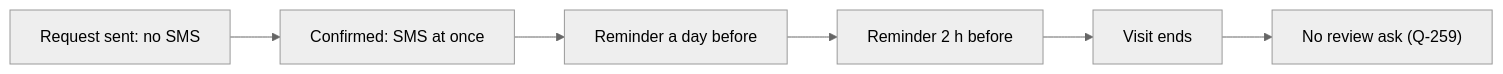
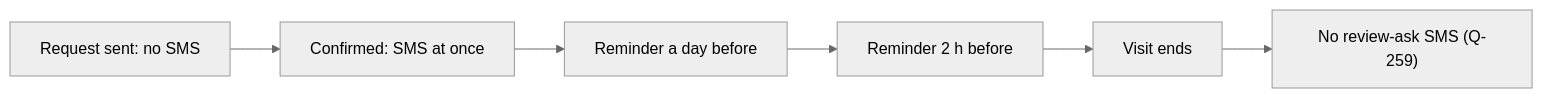
Before and after one commit to azamatos/yeral: the diagram in docs/product/05-limits.md, drawn with Mermaid (neutral theme). The commit also changed other lines of this file and 9 other files, not shown here.

````diff
--- a/docs/product/05-limits.md
+++ b/docs/product/05-limits.md
@@ -314,8 +314,8 @@
 ```mermaid
 flowchart LR
   A["Request sent: no SMS"] --> B["Confirmed: SMS at once"]
   B --> C["Reminder a day before"]
   C --> D["Reminder 2 h before"]
   D --> E["Visit ends"]
-  E --> F["No review ask (Q-259)"]
+  E --> F["No review-ask SMS (Q-259)"]
 ```
````
